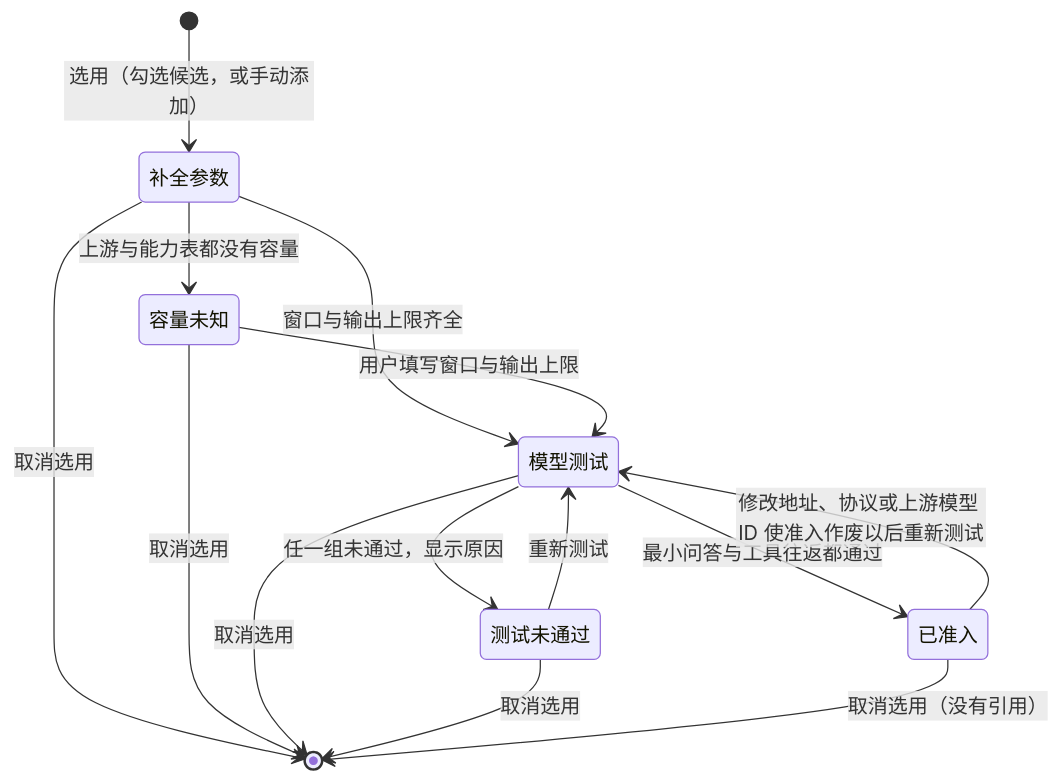
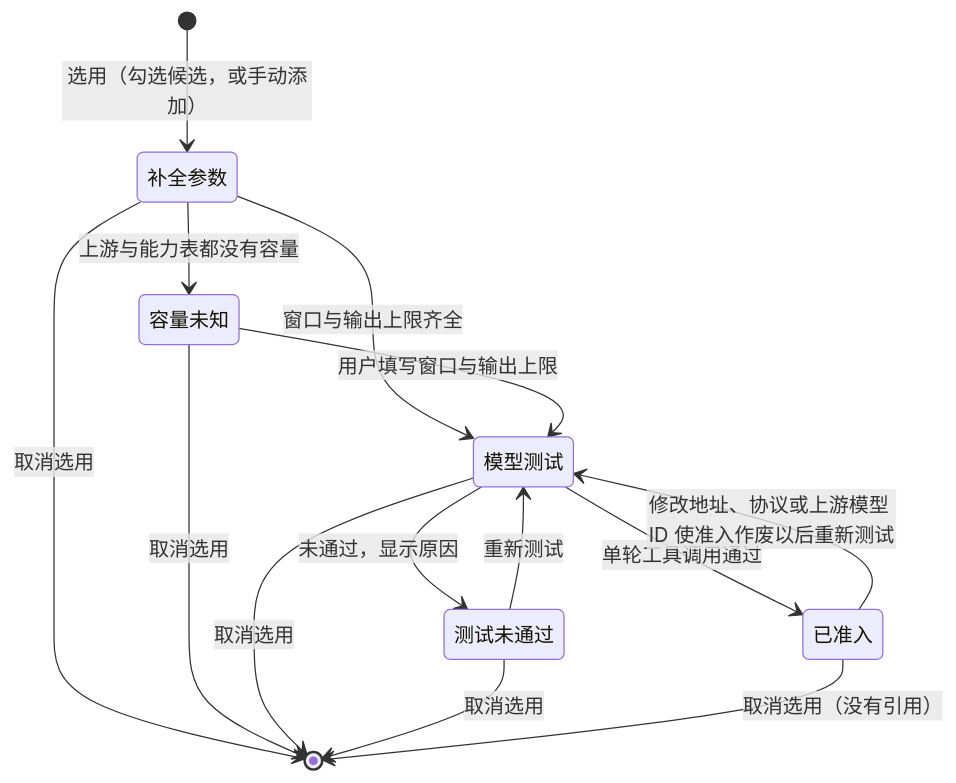
One commit to bender2333/yudao changed the second of 4 diagrams in docs/design/model-management.md. Above: the diagram before and after it, drawn with Mermaid. The commit also changed other lines of this file and 27 other files, not shown here.

````diff
--- a/docs/design/model-management.md
+++ b/docs/design/model-management.md
@@ -161,21 +161,21 @@
 ```mermaid
 stateDiagram-v2
   state "补全参数" as Fill
   state "容量未知" as Unknown
   state "模型测试" as Test
   state "测试未通过" as Failed
   state "已准入" as Admitted
   [*] --> Fill: 选用（勾选候选，或手动添加）
   Fill --> Test: 窗口与输出上限齐全
   Fill --> Unknown: 上游与能力表都没有容量
   Unknown --> Test: 用户填写窗口与输出上限
-  Test --> Admitted: 最小问答与工具往返都通过
-  Test --> Failed: 任一组未通过，显示原因
+  Test --> Admitted: 单轮工具调用通过
+  Test --> Failed: 未通过，显示原因
   Failed --> Test: 重新测试
   Admitted --> Test: 修改地址、协议或上游模型 ID 使准入作废以后重新测试
   Fill --> [*]: 取消选用
   Unknown --> [*]: 取消选用
   Test --> [*]: 取消选用
   Failed --> [*]: 取消选用
   Admitted --> [*]: 取消选用（没有引用）
 ```
````
